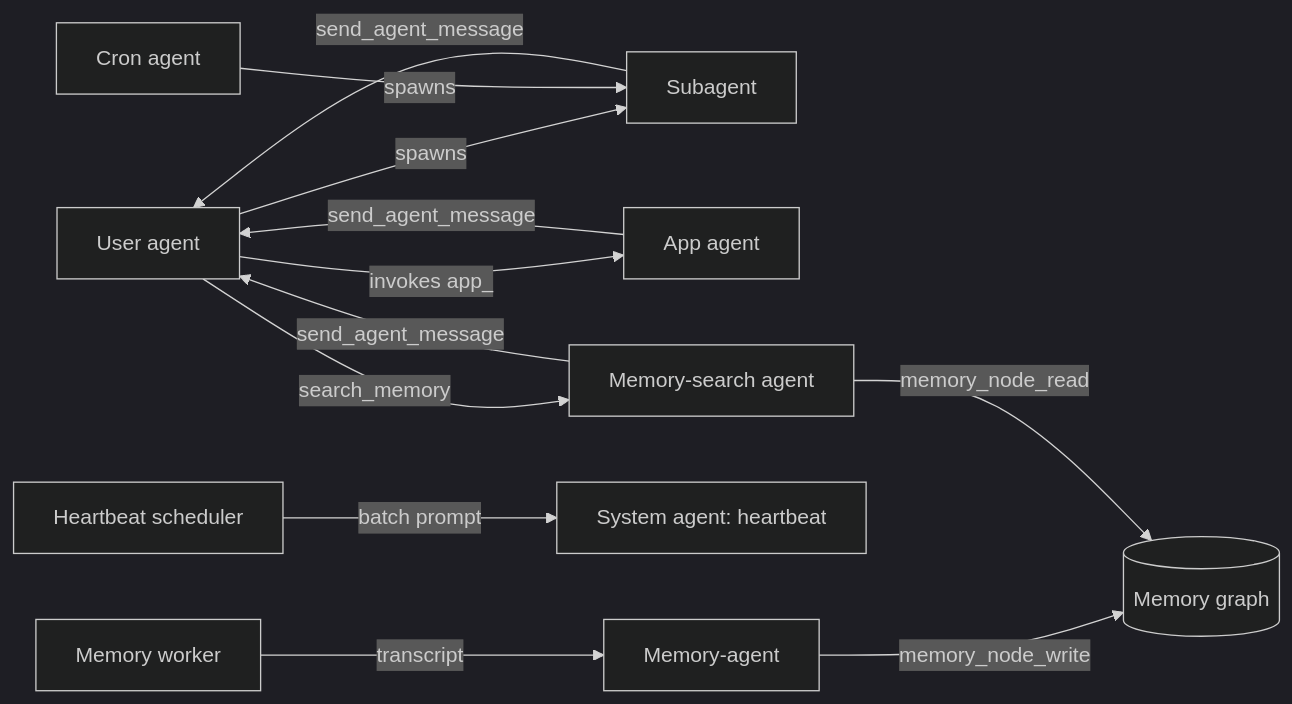
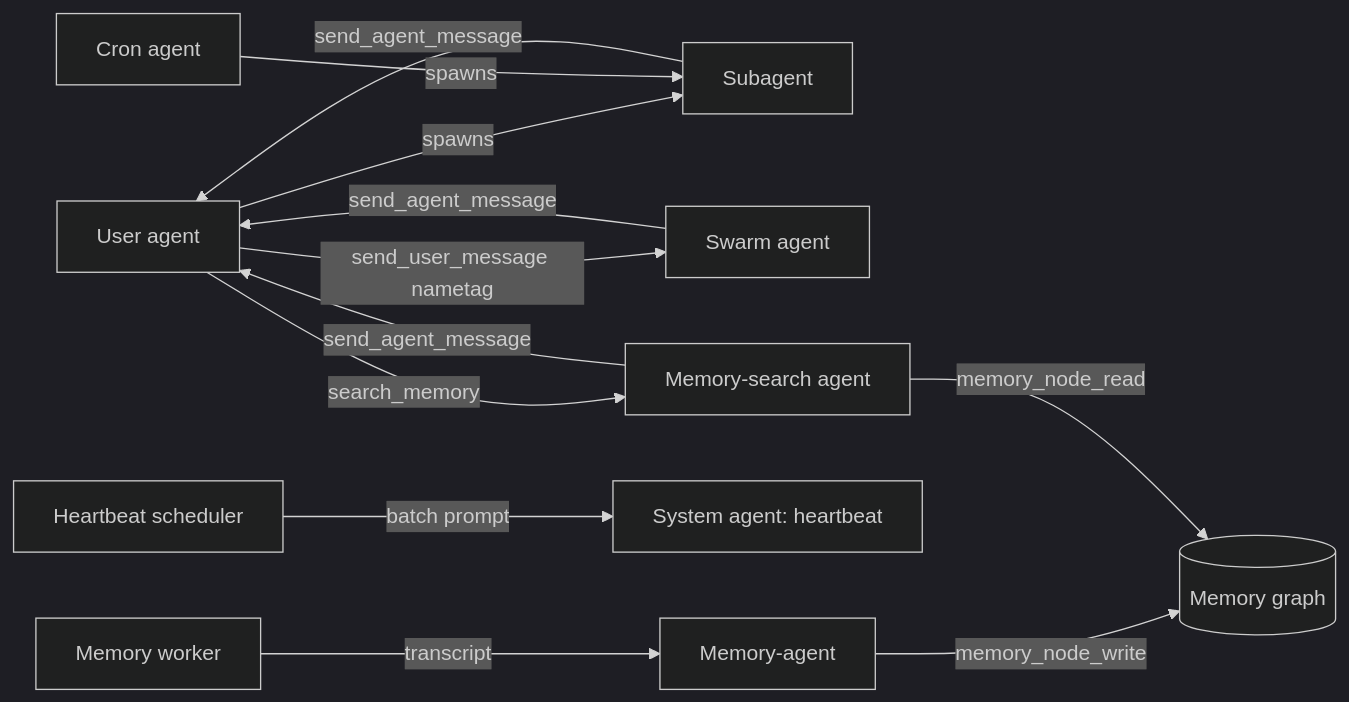
Before and after one commit to ex3ndr/daycare: the fifth of 9 diagrams in doc/internals/agent-types.md, drawn with Mermaid (dark theme). The commit also changed other lines of this file and 134 other files, not shown here.

````diff
--- a/doc/internals/agent-types.md
+++ b/doc/internals/agent-types.md
@@ -129,14 +129,14 @@
 ```mermaid
 flowchart LR
   User[User agent] -->|spawns| Subagent[Subagent]
-  User -->|invokes app_<name>| AppAgent[App agent]
+  User -->|send_user_message nametag| SwarmAgent[Swarm agent]
   User -->|search_memory| MemSearch[Memory-search agent]
   Cron[Cron agent] -->|spawns| Subagent
   Heartbeat[Heartbeat scheduler] -->|batch prompt| HeartbeatAgent[System agent: heartbeat]
   MemWorker[Memory worker] -->|transcript| MemAgent[Memory-agent]
   Subagent -->|send_agent_message| User
-  AppAgent -->|send_agent_message| User
+  SwarmAgent -->|send_agent_message| User
   MemSearch -->|send_agent_message| User
   MemAgent -->|memory_node_write| Graph[(Memory graph)]
   MemSearch -->|memory_node_read| Graph
 ```
````
